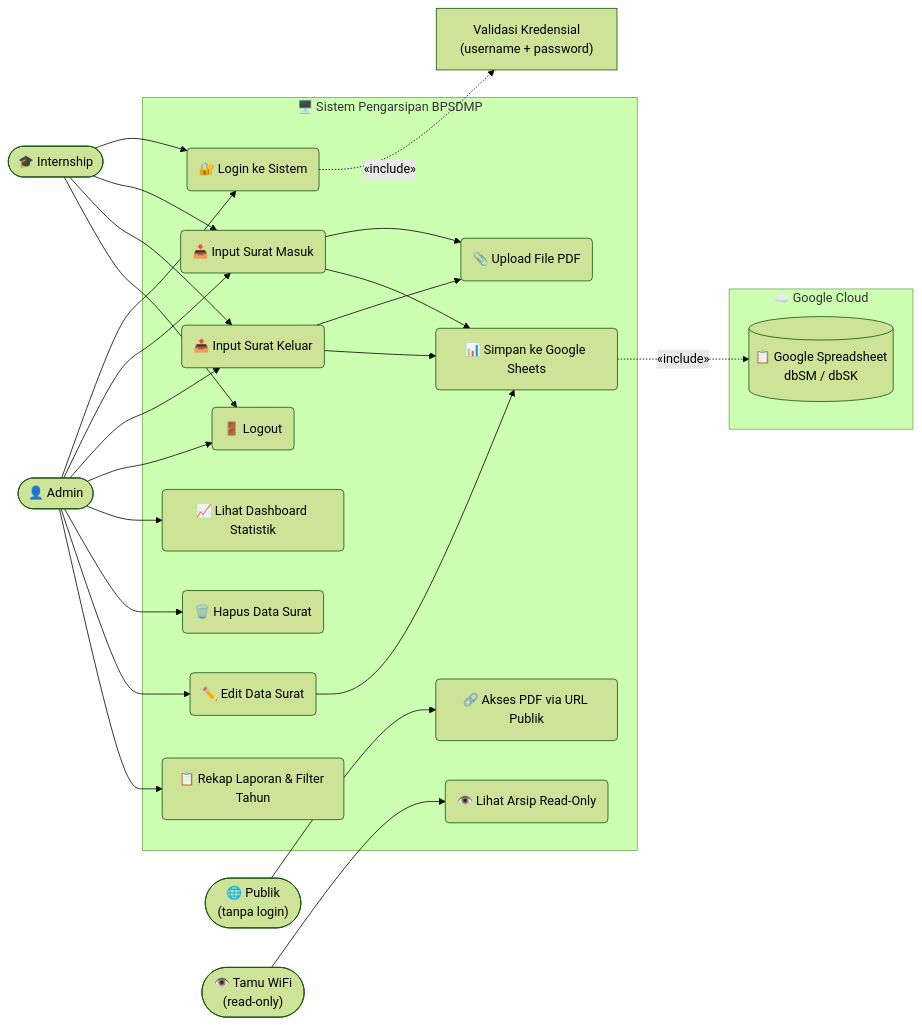
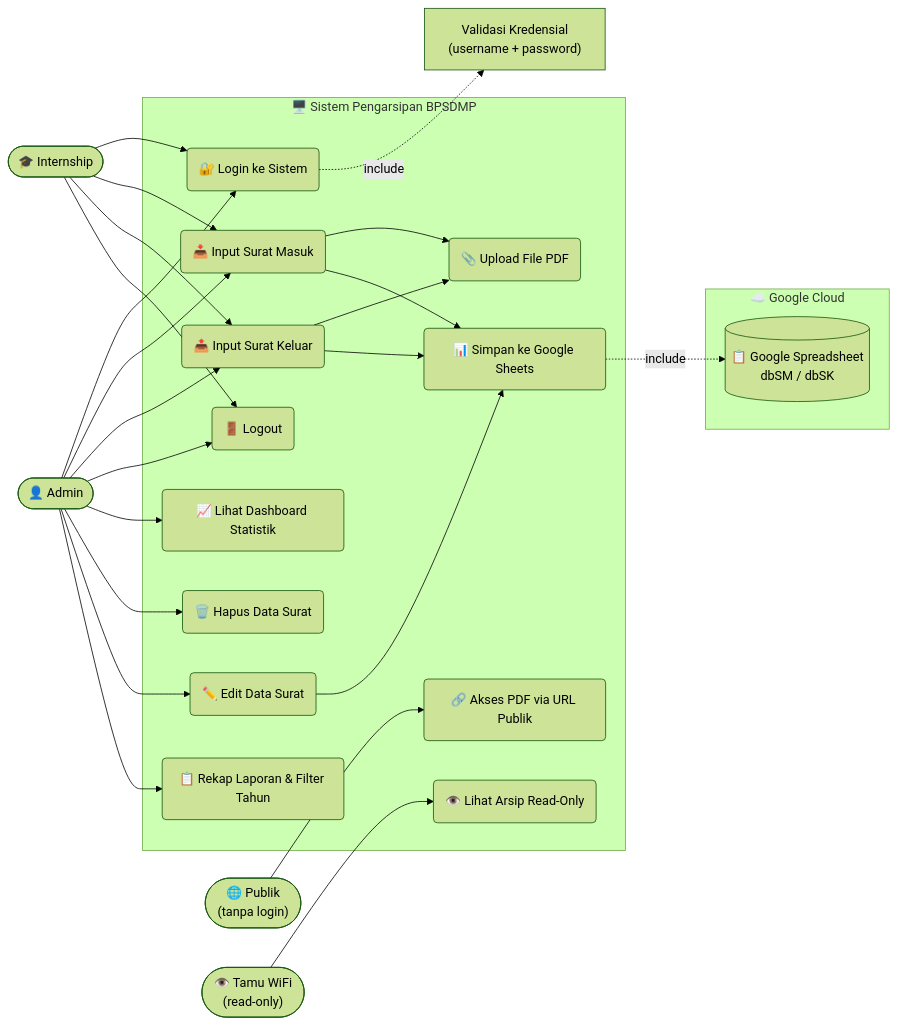
Before and after one commit to Rpl087/PROJECT-MAGANG: the first of 3 diagrams in README.md, drawn with Mermaid (forest theme). The commit also changed other lines of this file, not shown here.

````diff
--- a/README.md
+++ b/README.md
@@ -62,50 +62,50 @@
 ```mermaid
 graph LR
     Admin(["👤 Admin"])
     Internship(["🎓 Internship"])
-    Public(["🌐 Publik\n(tanpa login)"])
-    Tamu(["👁️ Tamu WiFi\n(read-only)"])
+    Public(["🌐 Publik<br/>(tanpa login)"])
+    Tamu(["👁️ Tamu WiFi<br/>(read-only)"])
 
     subgraph Sistem ["🖥️ Sistem Pengarsipan BPSDMP"]
         UC1("🔐 Login ke Sistem")
         UC2("📥 Input Surat Masuk")
         UC3("📤 Input Surat Keluar")
         UC4("📎 Upload File PDF")
         UC5("📊 Simpan ke Google Sheets")
         UC6("🚪 Logout")
         UC7("📈 Lihat Dashboard Statistik")
         UC8("🔗 Akses PDF via URL Publik")
         UC9("🗑️ Hapus Data Surat")
         UC10("👁️ Lihat Arsip Read-Only")
         UC11("✏️ Edit Data Surat")
         UC12("📋 Rekap Laporan & Filter Tahun")
 
         UC2 --> UC4
         UC3 --> UC4
         UC2 --> UC5
         UC3 --> UC5
         UC11 --> UC5
     end
 
     subgraph Google ["☁️ Google Cloud"]
-        GS[("📋 Google Spreadsheet\ndbSM / dbSK")]
+        GS[("📋 Google Spreadsheet<br/>dbSM / dbSK")]
     end
 
     Admin --> UC1
     Admin --> UC2
     Admin --> UC3
     Admin --> UC6
     Admin --> UC7
     Admin --> UC9
     Admin --> UC11
     Admin --> UC12
     Internship --> UC1
     Internship --> UC2
     Internship --> UC3
     Internship --> UC6
     Public --> UC8
     Tamu --> UC10
 
-    UC1 -.->|"«include»"| VALID["Validasi Kredensial\n(username + password)"]
-    UC5 -.->|"«include»"| GS
+    UC1 -.->|"include"| VALID["Validasi Kredensial<br/>(username + password)"]
+    UC5 -.->|"include"| GS
 ```
````
